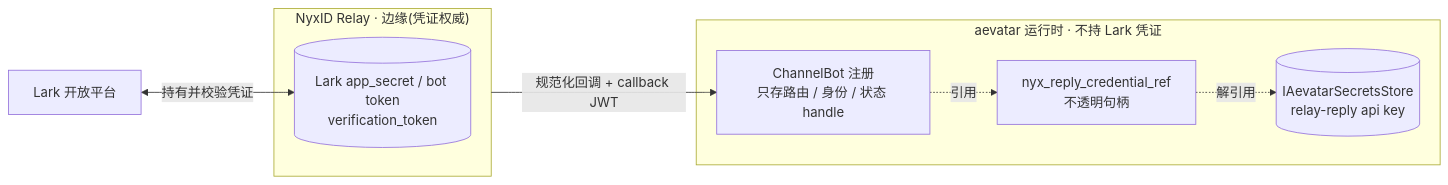
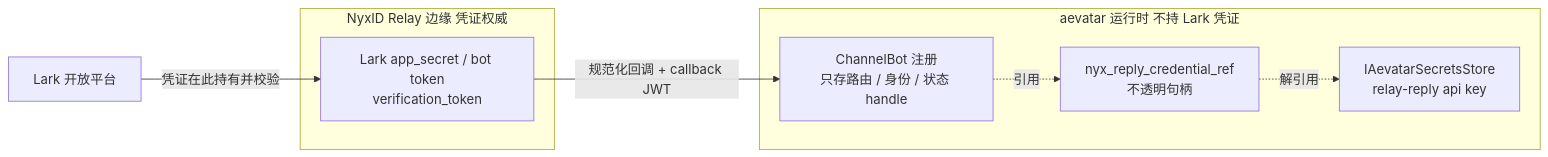
One commit to eanzhao-os/aevatar-review changed the second of 3 diagrams in 07/08-lark-end-to-end.md. Above: the diagram before and after it, drawn with Mermaid. The commit also changed 1 other file, not shown here.

Commit message:
fix(docs): 修复 mermaid 语法错误(07/08 凭证图 + 08/05 梯度图)
客户端 mermaid 渲染报 Syntax error。根因是两张流程图用了全站其它图都没用过、mermaid 11.x 不接受的构造:07/08 用了 cylinder [(...)]、从 subgraph id 出边(EDGE -->)、双向 <-->;08/05 用了空 subgraph + direction、从 subgraph 出边(OWNER -.)、inline 点线标签 -. "…" .->、subgraph 标题里的括号。

改用全站已验证可渲染的语法:subgraph ID["纯标题"]、节点→节点连线、带引号的边标签;OWNER 由空 subgraph 改成普通节点。mkdocs --strict 通过(mermaid 为客户端渲染,构建期不校验)。

````diff
--- a/07/08-lark-end-to-end.md
+++ b/07/08-lark-end-to-end.md
@@ -71,16 +71,16 @@
 ```mermaid
 flowchart LR
     LARK["Lark 开放平台"]
-    subgraph EDGE["NyxID Relay · 边缘(凭证权威)"]
-        TOK[("Lark app_secret / bot token<br/>verification_token")]
+    subgraph EDGE["NyxID Relay 边缘 凭证权威"]
+        TOK["Lark app_secret / bot token<br/>verification_token"]
     end
-    subgraph AEV["aevatar 运行时 · 不持 Lark 凭证"]
+    subgraph AEV["aevatar 运行时 不持 Lark 凭证"]
         REG["ChannelBot 注册<br/>只存路由 / 身份 / 状态 handle"]
         REF["nyx_reply_credential_ref<br/>不透明句柄"]
-        SEC[("IAevatarSecretsStore<br/>relay-reply api key")]
+        SEC["IAevatarSecretsStore<br/>relay-reply api key"]
     end
-    LARK <-->|"持有并校验凭证"| TOK
-    EDGE -->|"规范化回调 + callback JWT"| REG
+    LARK -->|"凭证在此持有并校验"| TOK
+    TOK -->|"规范化回调 + callback JWT"| REG
     REG -.->|"引用"| REF
     REF -.->|"解引用"| SEC
 ```
````
